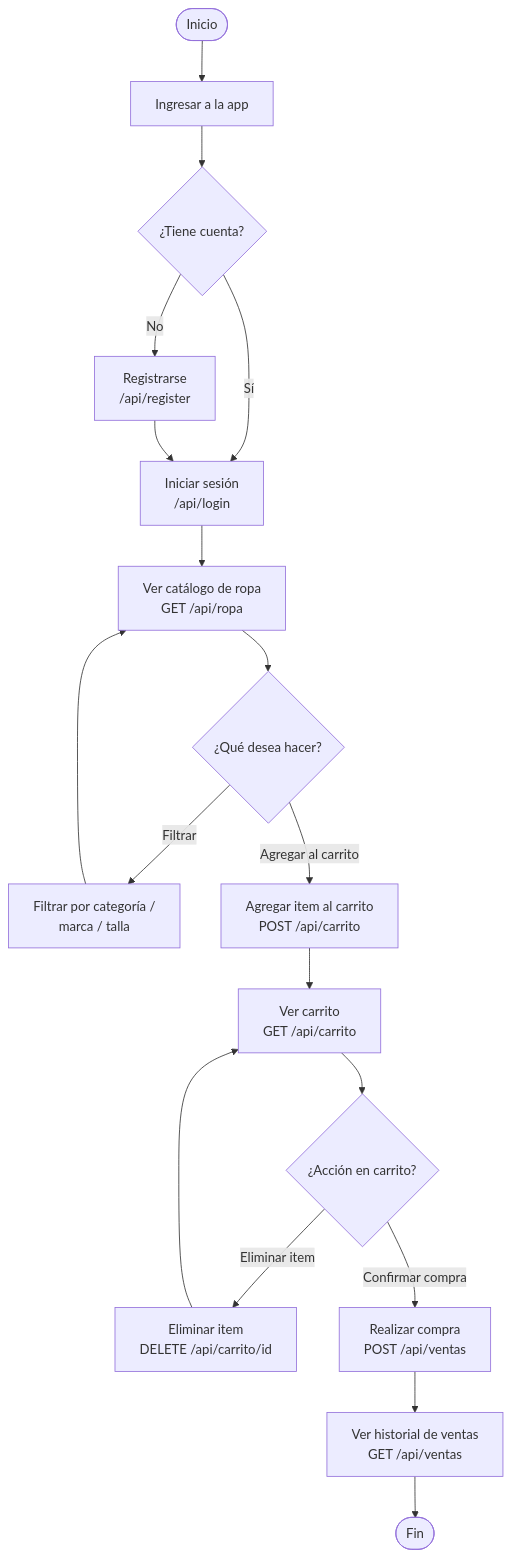
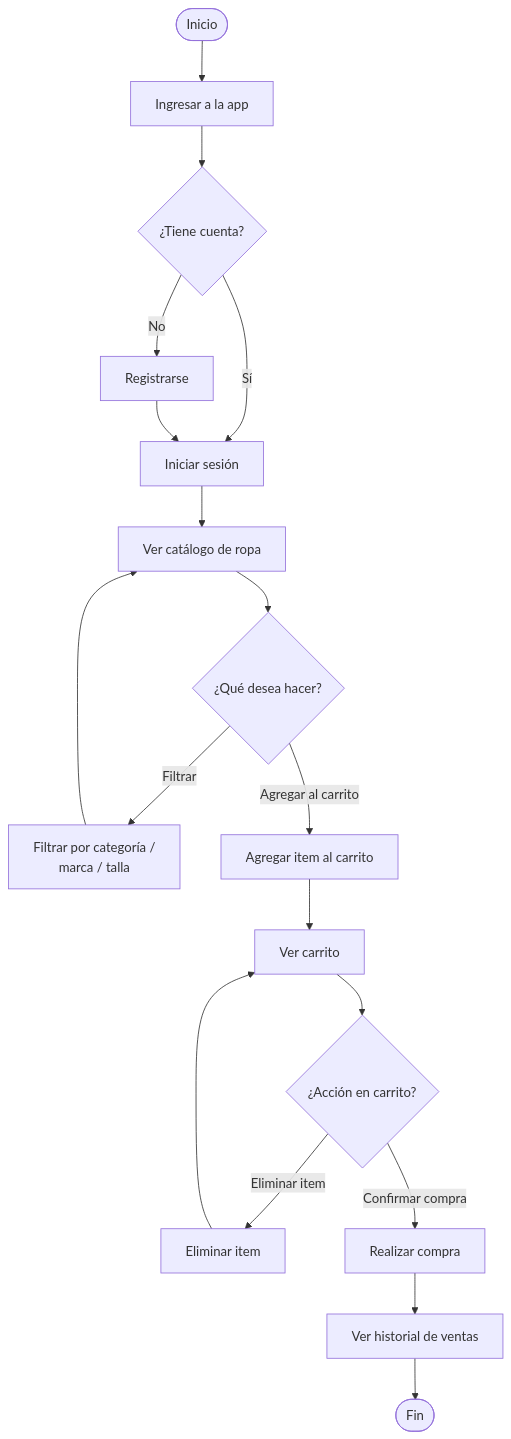
The first of 2 diagrams in requerimets.md (thelightfeaver/MGD), drawn with Mermaid before and after one commit. The commit also changed other lines of this file, not shown here.

Commit message:
docs: refine user and admin workflow diagrams for clarity

````diff
--- a/requerimets.md
+++ b/requerimets.md
@@ -81,20 +81,20 @@
 ```mermaid
 flowchart TD
     A([Inicio]) --> B[Ingresar a la app]
     B --> C{¿Tiene cuenta?}
-    C -- No --> D[Registrarse\n/api/register]
-    C -- Sí --> E[Iniciar sesión\n/api/login]
+    C -- No --> D[Registrarse]
+    C -- Sí --> E[Iniciar sesión]
     D --> E
-    E --> F[Ver catálogo de ropa\nGET /api/ropa]
+    E --> F[Ver catálogo de ropa]
     F --> G{¿Qué desea hacer?}
     G -- Filtrar --> H[Filtrar por categoría /\nmarca / talla]
     H --> F
-    G -- Agregar al carrito --> I[Agregar item al carrito\nPOST /api/carrito]
-    I --> J[Ver carrito\nGET /api/carrito]
+    G -- Agregar al carrito --> I[Agregar item al carrito]
+    I --> J[Ver carrito]
     J --> K{¿Acción en carrito?}
-    K -- Eliminar item --> L[Eliminar item\nDELETE /api/carrito/id]
+    K -- Eliminar item --> L[Eliminar item]
     L --> J
-    K -- Confirmar compra --> M[Realizar compra\nPOST /api/ventas]
-    M --> N[Ver historial de ventas\nGET /api/ventas]
+    K -- Confirmar compra --> M[Realizar compra]
+    M --> N[Ver historial de ventas]
     N --> O([Fin])
 ```
````
